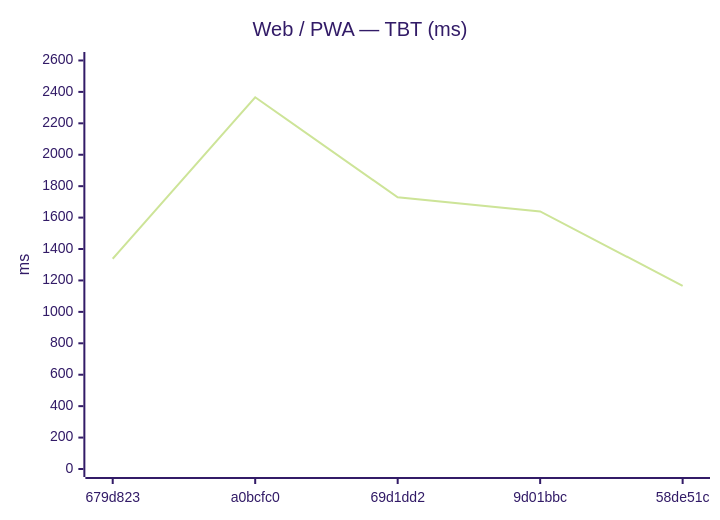
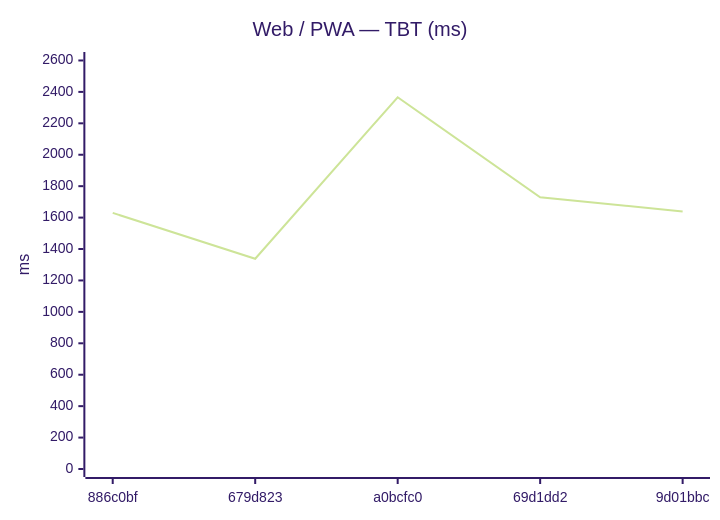
One commit to Metaheurist/Rianell changed the sixth of 12 diagrams in benchmarks/compare.md. Above: the diagram before and after it, drawn with Mermaid (forest theme). The commit also changed other lines of this file and 8 other files, not shown here.

````diff
--- a/benchmarks/compare.md
+++ b/benchmarks/compare.md
@@ -89,7 +89,7 @@
 ```mermaid
 xychart-beta
     title "Web / PWA — TBT (ms)"
-    x-axis ["679d823", "a0bcfc0", "69d1dd2", "9d01bbc", "58de51c"]
+    x-axis ["886c0bf", "679d823", "a0bcfc0", "69d1dd2", "9d01bbc"]
     y-axis "ms" 0 --> 2603
-    line [1338, 2366, 1729, 1639, 1166]
+    line [1630, 1338, 2366, 1729, 1639]
 ```
````
